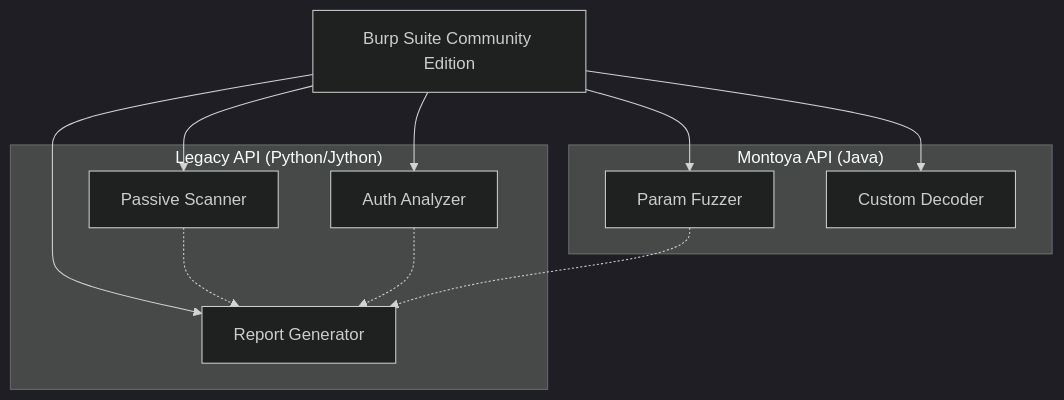
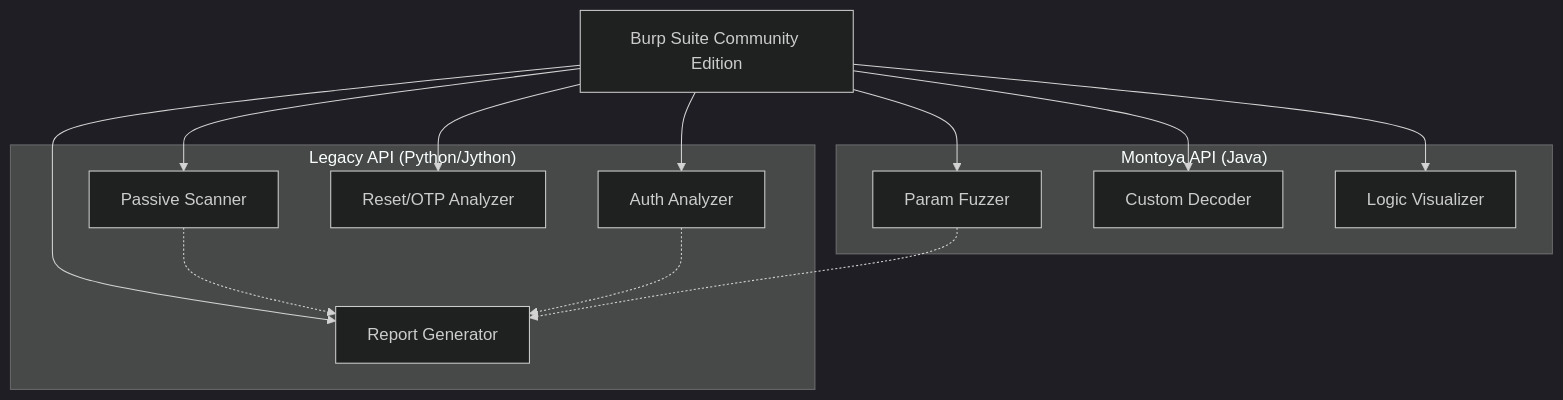
The diagram in docs/architecture.md (mic-cyberkid/burp-extensions-suite), drawn with Mermaid (dark theme) before and after one commit. The commit also changed 21 other files, not shown here.

````diff
--- a/docs/architecture.md
+++ b/docs/architecture.md
@@ -7,25 +7,29 @@
 ```mermaid
 graph TD
     Burp[Burp Suite Community Edition]
 
     subgraph "Legacy API (Python/Jython)"
         PS[Passive Scanner]
         AA[Auth Analyzer]
         RG[Report Generator]
+        RO[Reset/OTP Analyzer]
     end
 
     subgraph "Montoya API (Java)"
         PF[Param Fuzzer]
         CD[Custom Decoder]
+        LV[Logic Visualizer]
     end
 
     Burp --> PS
     Burp --> AA
     Burp --> RG
     Burp --> PF
     Burp --> CD
+    Burp --> RO
+    Burp --> LV
 
     PS -.-> RG
     AA -.-> RG
     PF -.-> RG
 ```
````
